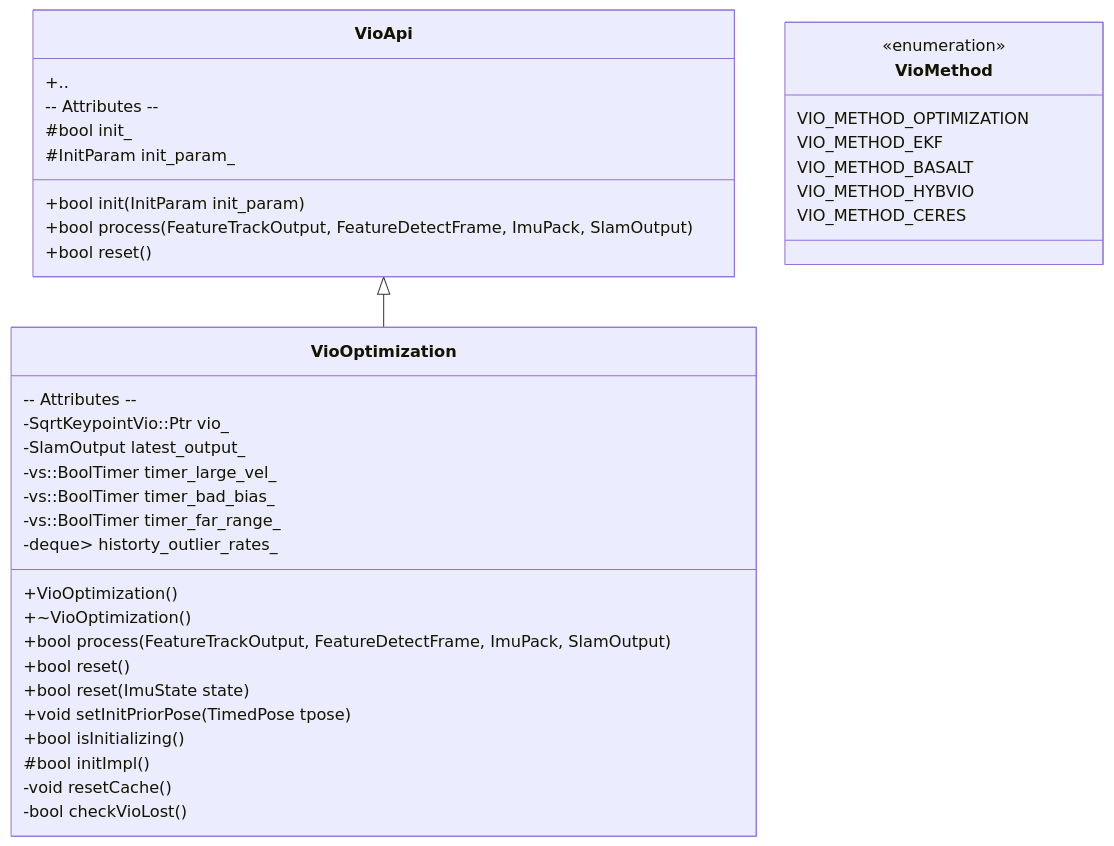
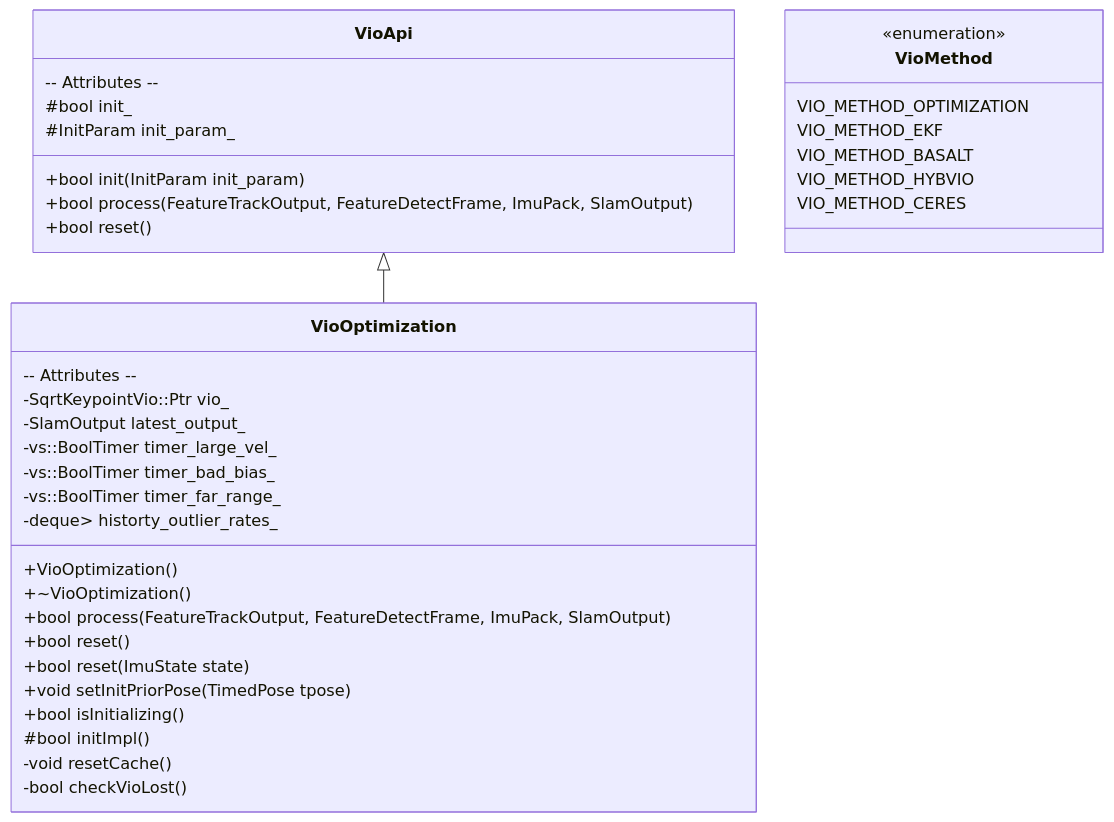
Before and after one commit to huzixuan1/iodraw-files: the diagram in all/未命名-2.md, drawn with Mermaid.

Commit message:
2025-04-16 20:45:54 update

````diff
--- a/all/未命名-2.md
+++ b/all/未命名-2.md
@@ -1,46 +1,46 @@
 ```mermaid
 classDiagram
 %% 命名空间 xr
 
 class VioApi {
   +bool init(InitParam init_param)
   +bool process(FeatureTrackOutput, FeatureDetectFrame, ImuPack, SlamOutput)
   +bool reset()
-  +..
+
   -- Attributes --
   #bool init_
   #InitParam init_param_
 }
 
 class VioOptimization {
   +VioOptimization()
   +~VioOptimization()
   +bool process(FeatureTrackOutput, FeatureDetectFrame, ImuPack, SlamOutput)
   +bool reset()
   +bool reset(ImuState state)
   +void setInitPriorPose(TimedPose tpose)
   +bool isInitializing()
   #bool initImpl()
   -- Attributes --
   -SqrtKeypointVio::Ptr vio_
   -SlamOutput latest_output_
   -vs::BoolTimer timer_large_vel_
   -vs::BoolTimer timer_bad_bias_
   -vs::BoolTimer timer_far_range_
   -deque<pair<Tsec, float>> historty_outlier_rates_
   -void resetCache()
   -bool checkVioLost()
 }
 
 class VioMethod {
   <<enumeration>>
   VIO_METHOD_OPTIMIZATION
   VIO_METHOD_EKF
   VIO_METHOD_BASALT
   VIO_METHOD_HYBVIO
   VIO_METHOD_CERES
 }
 
 VioApi <|-- VioOptimization
 
 ```
````
